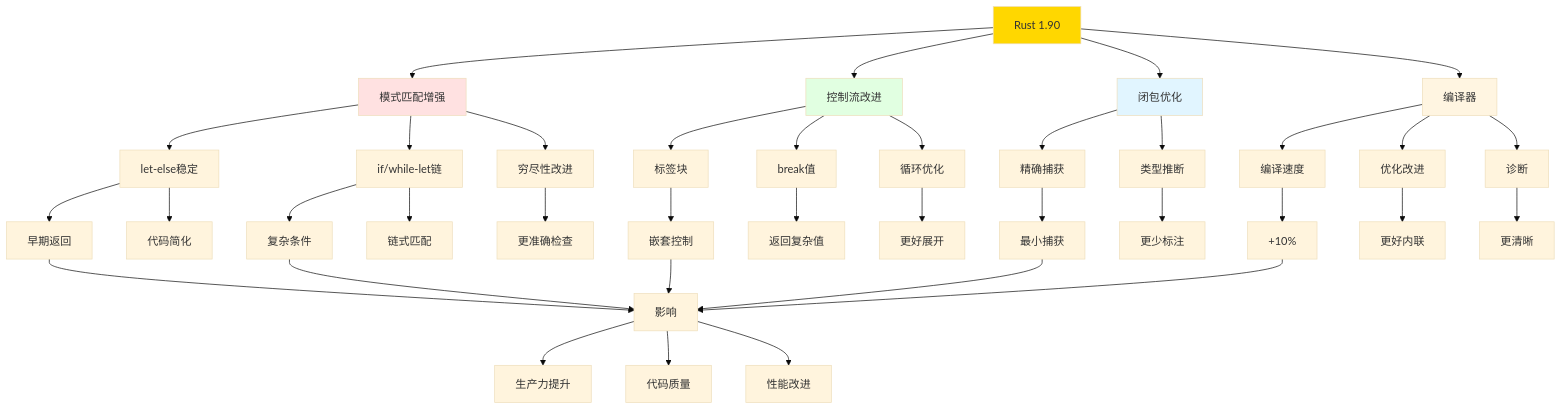
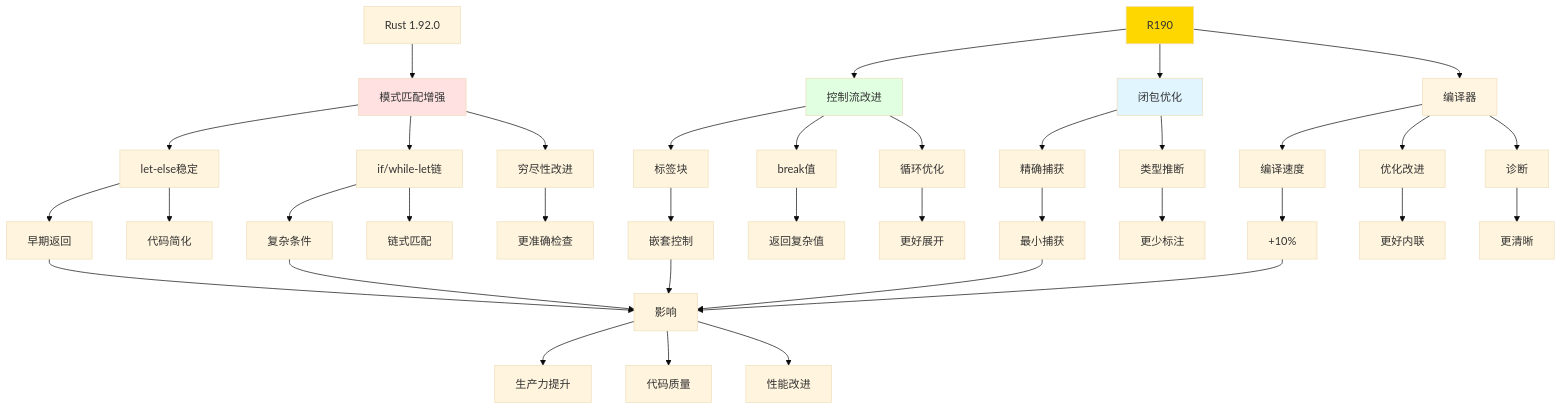
One commit to martin-ly/rust-lang changed diagram 16 of 17 in crates/c03_control_fn/docs/CONCEPT_RELATIONSHIP_NETWORK.md. Above: the diagram before and after it, drawn with Mermaid (base theme). The commit also changed other lines of this file and 290 other files, not shown here.

````diff
--- a/crates/c03_control_fn/docs/CONCEPT_RELATIONSHIP_NETWORK.md
+++ b/crates/c03_control_fn/docs/CONCEPT_RELATIONSHIP_NETWORK.md
@@ -902,57 +902,57 @@
 ```mermaid
 graph TB
-    R190[Rust 1.90] --> Pattern[模式匹配增强]
+    R192[Rust 1.92.0] --> Pattern[模式匹配增强]
     R190 --> Control[控制流改进]
     R190 --> Closure[闭包优化]
     R190 --> Compiler[编译器]
 
     Pattern --> LetElse[let-else稳定]
     Pattern --> Chain[if/while-let链]
     Pattern --> Exhaust[穷尽性改进]
 
     LetElse --> LetElseUse1[早期返回]
     LetElse --> LetElseUse2[代码简化]
 
     Chain --> ChainUse1[复杂条件]
     Chain --> ChainUse2[链式匹配]
 
     Exhaust --> ExhaustUse[更准确检查]
 
     Control --> Label[标签块]
     Control --> Break[break值]
     Control --> Loop[循环优化]
 
     Label --> LabelUse[嵌套控制]
     Break --> BreakUse[返回复杂值]
     Loop --> LoopUse[更好展开]
 
     Closure --> ClosureCapture[精确捕获]
     Closure --> ClosureInfer[类型推断]
 
     ClosureCapture --> CaptureUse[最小捕获]
     ClosureInfer --> InferUse[更少标注]
 
     Compiler --> CompSpeed[编译速度]
     Compiler --> CompOpt[优化改进]
     Compiler --> Diagnostic[诊断]
 
     CompSpeed --> Speed[+10%]
     CompOpt --> Opt[更好内联]
     Diagnostic --> Diag[更清晰]
 
     LetElseUse1 --> Impact[影响]
     ChainUse1 --> Impact
     LabelUse --> Impact
     CaptureUse --> Impact
     Speed --> Impact
 
     Impact --> Productivity[生产力提升]
     Impact --> CodeQuality[代码质量]
     Impact --> Performance[性能改进]
 
     style R190 fill:#ffd700
     style Pattern fill:#ffe1e1
     style Control fill:#e1ffe1
     style Closure fill:#e1f5ff
     style Compiler fill:#fff5e1
 ```
````
